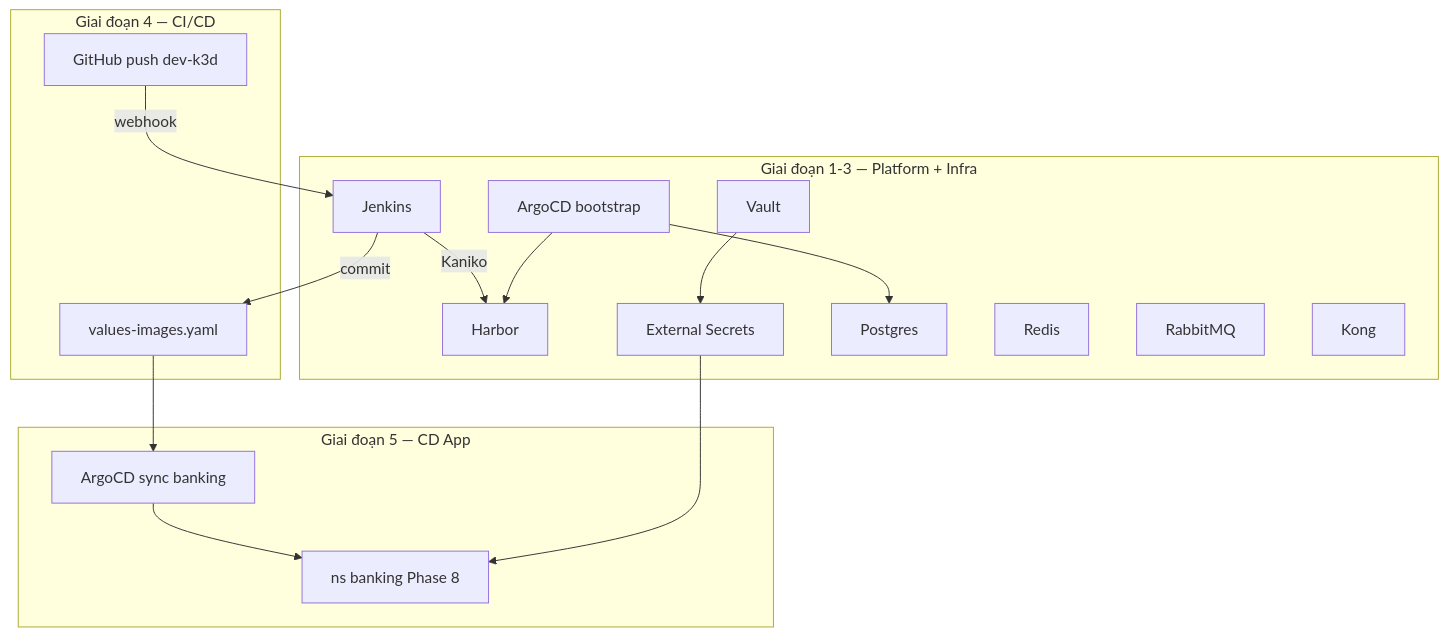
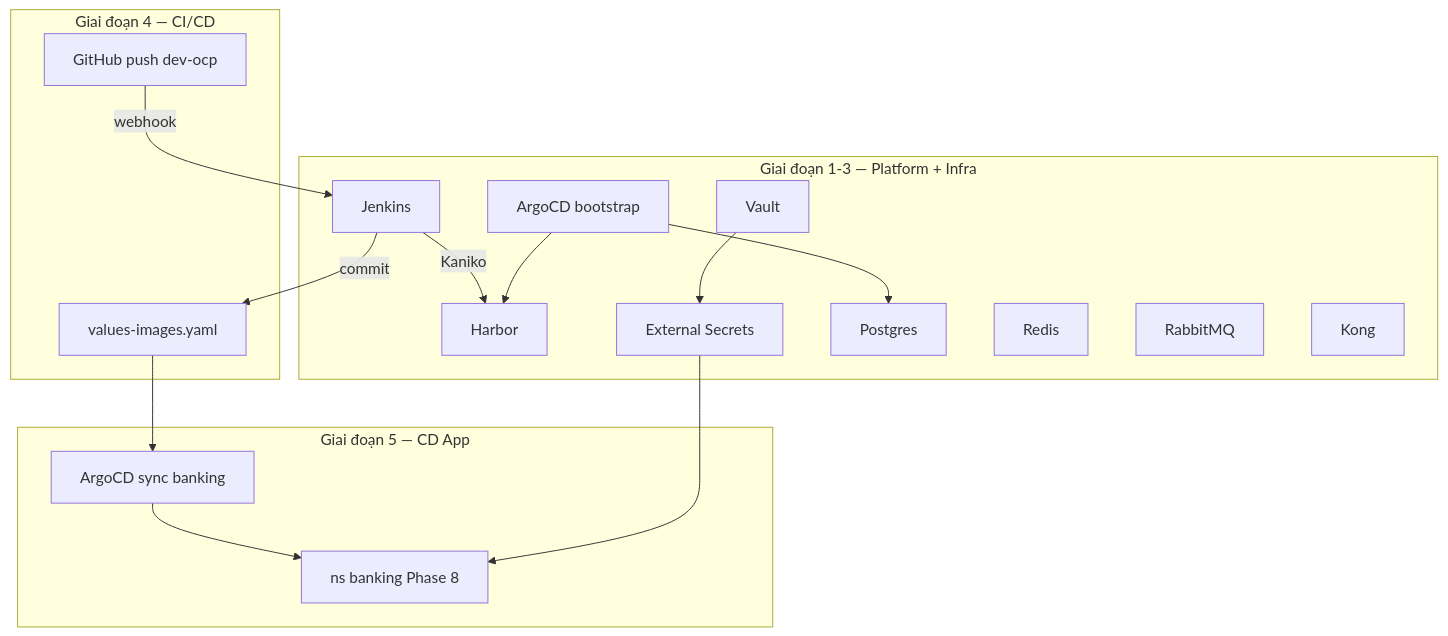
One commit to kevinram164/banking-demo changed the diagram in phase9-gitops-platform/PHASE9.md. Above: the diagram before and after it, drawn with Mermaid. The commit also changed other lines of this file and 40 other files, not shown here.

````diff
--- a/phase9-gitops-platform/PHASE9.md
+++ b/phase9-gitops-platform/PHASE9.md
@@ -73,31 +73,31 @@
 ```mermaid
 flowchart TB
   subgraph phase1 [Giai đoạn 1-3 — Platform + Infra]
     ARGO_BOOT[ArgoCD bootstrap]
     HAR[Harbor]
     VAULT[Vault]
     ESO[External Secrets]
     JEN[Jenkins]
     PG[Postgres]
     REDIS[Redis]
     RAB[RabbitMQ]
     KONG[Kong]
   end
 
   subgraph phase2 [Giai đoạn 4 — CI/CD]
-    GH[GitHub push dev-k3d]
+    GH[GitHub push dev-ocp]
     GH -->|webhook| JEN
     JEN -->|Kaniko| HAR
     JEN -->|commit| GIT[values-images.yaml]
   end
 
   subgraph phase3 [Giai đoạn 5 — CD App]
     GIT --> ARGO[ArgoCD sync banking]
     ARGO --> BANK[ns banking Phase 8]
     VAULT --> ESO
     ESO --> BANK
   end
 
   ARGO_BOOT --> HAR
   ARGO_BOOT --> PG
 ```
````
